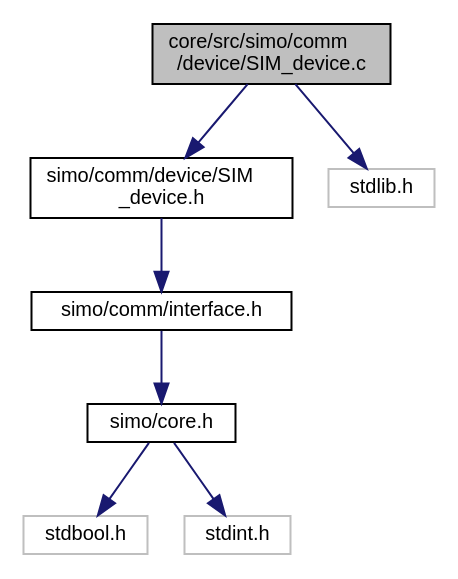
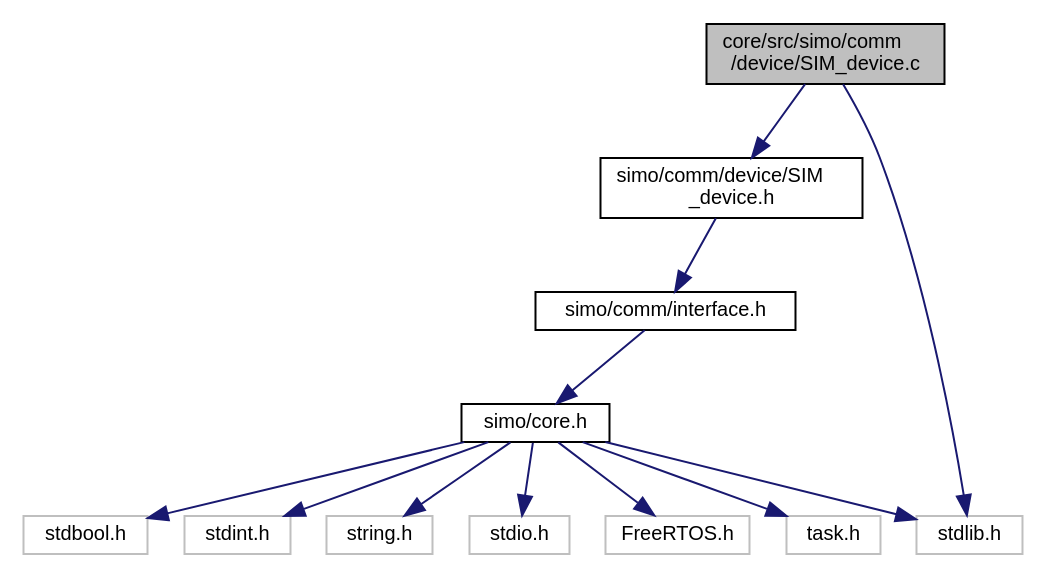
Before and after one commit to Germanvelardez2018/simo.v2: the diagram in docs/_s_i_m__device_8c__incl.dot, drawn with Graphviz. The commit also changed 212 other files, not shown here.

```diff
--- a/docs/_s_i_m__device_8c__incl.dot
+++ b/docs/_s_i_m__device_8c__incl.dot
@@ -1,19 +1,28 @@
 digraph "core/src/simo/comm/device/SIM_device.c"
 {
  // LATEX_PDF_SIZE
   edge [fontname="Helvetica",fontsize="10",labelfontname="Helvetica",labelfontsize="10"];
   node [fontname="Helvetica",fontsize="10",shape=record];
   Node1 [label="core/src/simo/comm\l/device/SIM_device.c",height=0.2,width=0.4,color="black", fillcolor="grey75", style="filled", fontcolor="black",tooltip=" "];
   Node1 -> Node2 [color="midnightblue",fontsize="10",style="solid",fontname="Helvetica"];
   Node2 [label="simo/comm/device/SIM\l_device.h",height=0.2,width=0.4,color="black", fillcolor="white", style="filled",URL="$_s_i_m__device_8h.html",tooltip="Driver para el manejo de modulos SIM7000G(NIVEL 1). Depende de SIMO UART."];
   Node2 -> Node3 [color="midnightblue",fontsize="10",style="solid",fontname="Helvetica"];
   Node3 [label="simo/comm/interface.h",height=0.2,width=0.4,color="black", fillcolor="white", style="filled",URL="$interface_8h.html",tooltip="Interfaz para manejar separar el hardware del los objetos comm."];
   Node3 -> Node4 [color="midnightblue",fontsize="10",style="solid",fontname="Helvetica"];
   Node4 [label="simo/core.h",height=0.2,width=0.4,color="black", fillcolor="white", style="filled",URL="$core_8h.html",tooltip="Core de la aplicacion. En este archivo van elementos indispensables para la aplicacion...."];
   Node4 -> Node5 [color="midnightblue",fontsize="10",style="solid",fontname="Helvetica"];
   Node5 [label="stdbool.h",height=0.2,width=0.4,color="grey75", fillcolor="white", style="filled",tooltip=" "];
   Node4 -> Node6 [color="midnightblue",fontsize="10",style="solid",fontname="Helvetica"];
   Node6 [label="stdint.h",height=0.2,width=0.4,color="grey75", fillcolor="white", style="filled",tooltip=" "];
+  Node4 -> Node7 [color="midnightblue",fontsize="10",style="solid",fontname="Helvetica"];
+  Node7 [label="stdlib.h",height=0.2,width=0.4,color="grey75", fillcolor="white", style="filled",tooltip=" "];
+  Node4 -> Node8 [color="midnightblue",fontsize="10",style="solid",fontname="Helvetica"];
+  Node8 [label="string.h",height=0.2,width=0.4,color="grey75", fillcolor="white", style="filled",tooltip=" "];
+  Node4 -> Node9 [color="midnightblue",fontsize="10",style="solid",fontname="Helvetica"];
+  Node9 [label="stdio.h",height=0.2,width=0.4,color="grey75", fillcolor="white", style="filled",tooltip=" "];
+  Node4 -> Node10 [color="midnightblue",fontsize="10",style="solid",fontname="Helvetica"];
+  Node10 [label="FreeRTOS.h",height=0.2,width=0.4,color="grey75", fillcolor="white", style="filled",tooltip=" "];
+  Node4 -> Node11 [color="midnightblue",fontsize="10",style="solid",fontname="Helvetica"];
+  Node11 [label="task.h",height=0.2,width=0.4,color="grey75", fillcolor="white", style="filled",tooltip=" "];
   Node1 -> Node7 [color="midnightblue",fontsize="10",style="solid",fontname="Helvetica"];
-  Node7 [label="stdlib.h",height=0.2,width=0.4,color="grey75", fillcolor="white", style="filled",tooltip=" "];
 }
```
